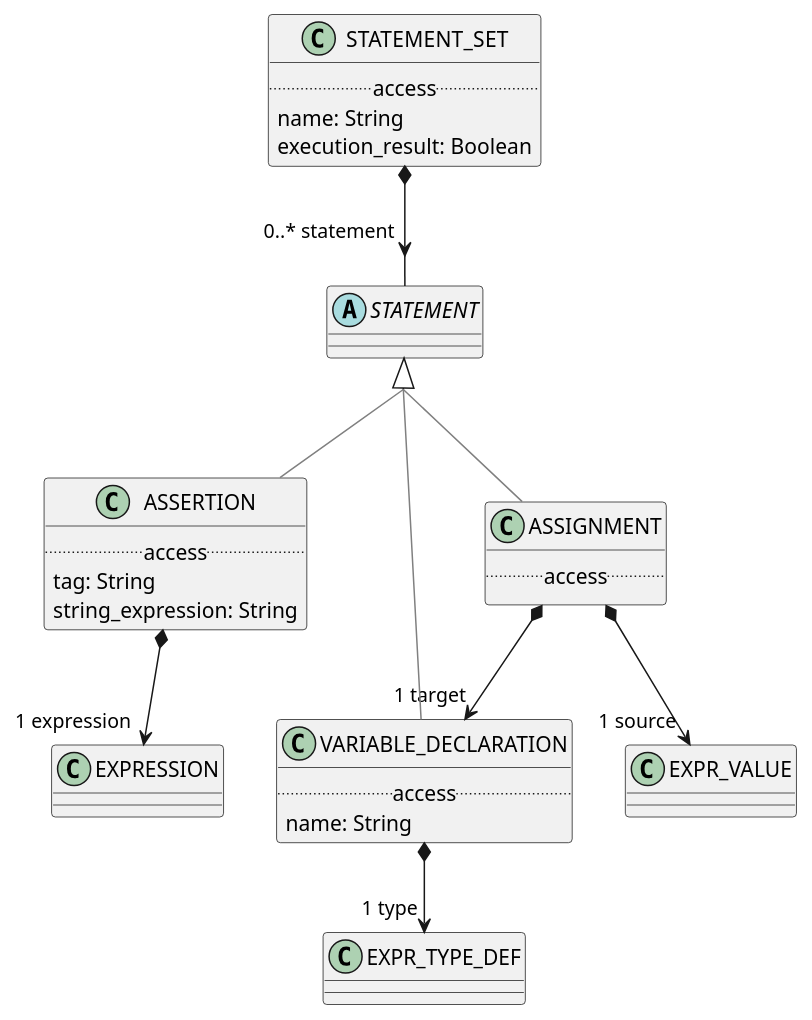
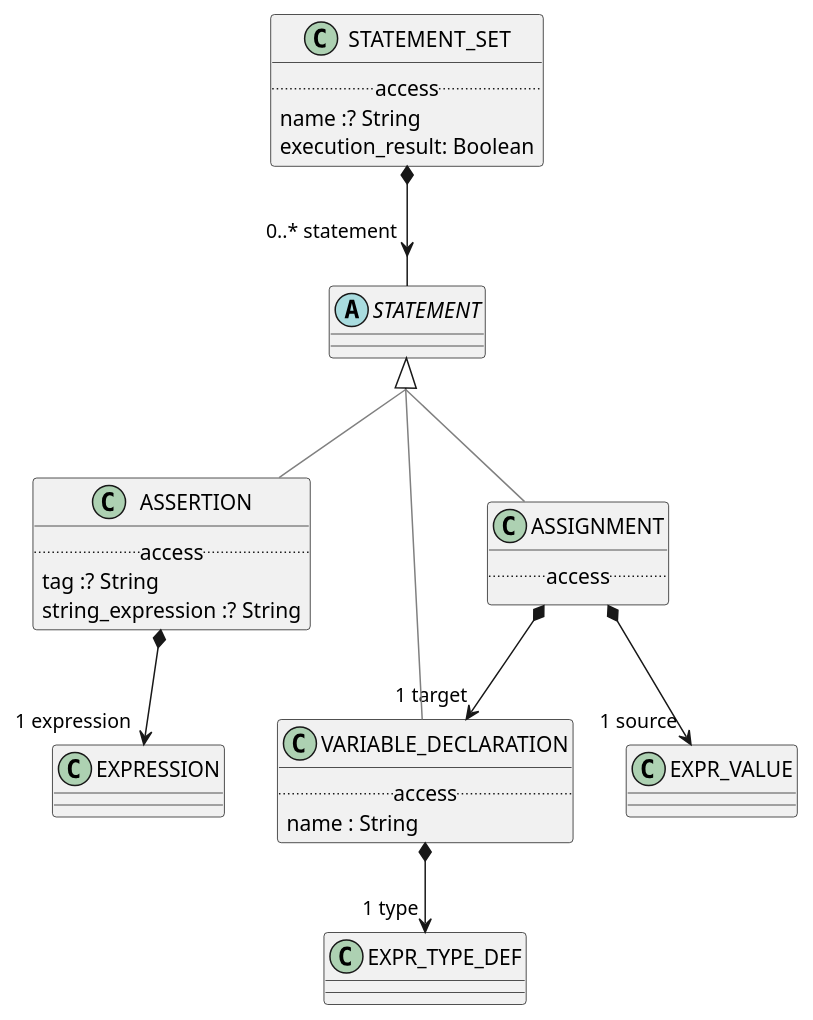
Before and after one commit to wolandscat/openehr-doc: the diagram in modules/ROOT/examples/bmm/languages/bel/statement/statement-package-uml.adoc, drawn with PlantUML. The commit also changed 1814 other files, not shown here.

```diff
--- a/modules/ROOT/examples/bmm/languages/bel/statement/statement-package-uml.adoc
+++ b/modules/ROOT/examples/bmm/languages/bel/statement/statement-package-uml.adoc
@@ -3,52 +3,50 @@
 [plantuml,opts=interactive,link=self]
 ....
 skinparam groupInheritance 2
 skinparam citedClassColor #FDFDFD
 
 
 abstract class STATEMENT [[/openehr-doc/latest/languages/bel-gen.html#_class_statement]] {
 }
 
-
 class STATEMENT_SET [[/openehr-doc/latest/languages/bel-gen.html#_class_statement_set]] {
         .. access ..
-        name: String
+        name :? String
         execution_result: Boolean
 }
-
 
 STATEMENT_SET *--> "0..* statement" STATEMENT
 
 class ASSERTION [[/openehr-doc/latest/languages/bel-gen.html#_class_assertion]] {
         .. access ..
-        tag: String
-        string_expression: String
+        tag :? String
+        string_expression :? String
 }
 
 ASSERTION -[#gray]up-|> STATEMENT  
 
 
 ASSERTION *--> "1 expression" EXPRESSION
 
 class ASSIGNMENT [[/openehr-doc/latest/languages/bel-gen.html#_class_assignment]] {
         .. access ..
 }
 
 ASSIGNMENT -[#gray]up-|> STATEMENT  
 
 
 ASSIGNMENT *--> "1 target" VARIABLE_DECLARATION
 
 ASSIGNMENT *--> "1 source" EXPR_VALUE
 
 class VARIABLE_DECLARATION [[/openehr-doc/latest/languages/bel-gen.html#_class_variable_declaration]] {
         .. access ..
-        name: String
+        name : String
 }
 
 VARIABLE_DECLARATION -[#gray]up-|> STATEMENT  
 
 
 VARIABLE_DECLARATION *--> "1 type" EXPR_TYPE_DEF
 
 ....
```
